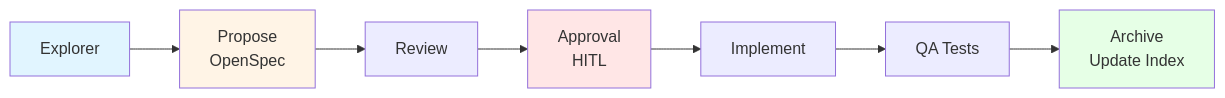
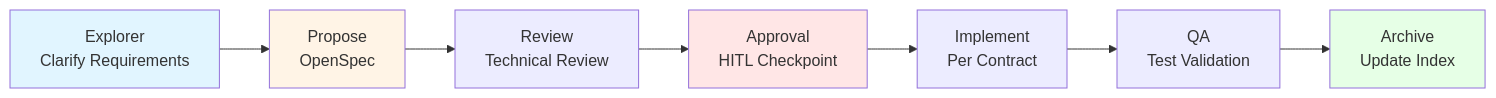
One commit to listener-He/java-harness-agent changed the third of 5 diagrams in README.md. Above: the diagram before and after it, drawn with Mermaid. The commit also changed other lines of this file and 28 other files, not shown here.

````diff
--- a/README.md
+++ b/README.md
@@ -123,14 +312,14 @@
 ```mermaid
 graph LR
-    A[Explorer] --> B[Propose<br/>OpenSpec]
-    B --> C[Review]
-    C --> D[Approval<br/>HITL]
-    D --> E[Implement]
-    E --> F[QA Tests]
+    A[Explorer<br/>Clarify Requirements] --> B[Propose<br/>OpenSpec]
+    B --> C[Review<br/>Technical Review]
+    C --> D[Approval<br/>HITL Checkpoint]
+    D --> E[Implement<br/>Per Contract]
+    E --> F[QA<br/>Test Validation]
     F --> G[Archive<br/>Update Index]
     
     style A fill:#e1f5ff
     style B fill:#fff4e6
     style D fill:#ffe6e6
     style G fill:#e6ffe6
 ```
````
